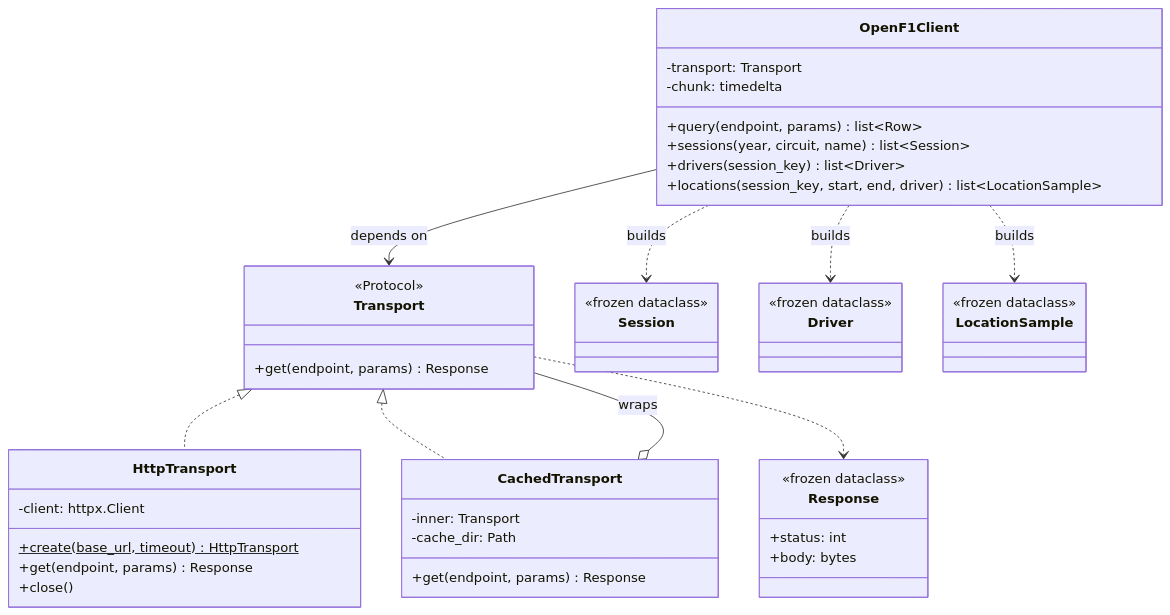
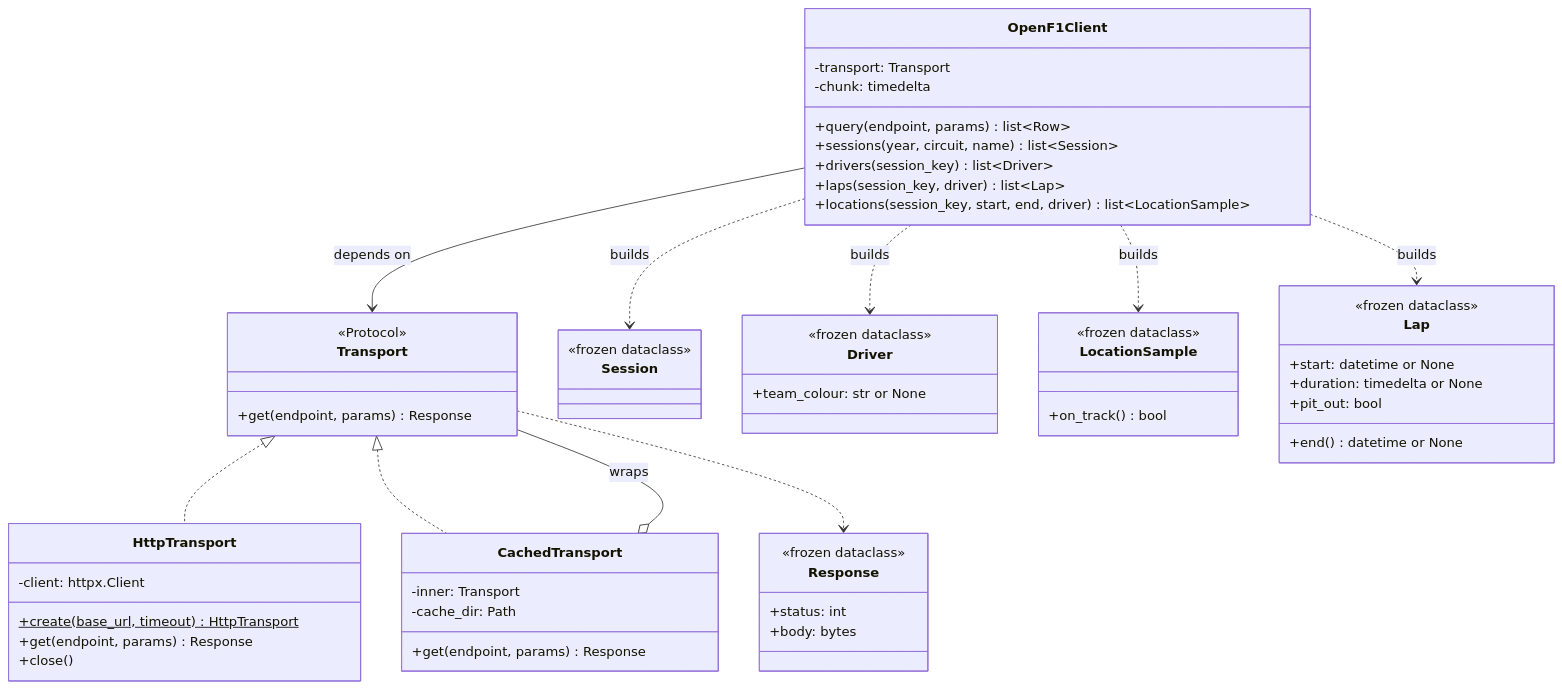
The first of 2 diagrams in docs/design/ingest.md (Ekanth-Sai/pitwall), drawn with Mermaid before and after one commit. The commit also changed other lines of this file and 3 other files, not shown here.

First line of the commit message:
P0.7a: laps endpoint, Lap model, LocationSample.on_track

````diff
--- a/docs/design/ingest.md
+++ b/docs/design/ingest.md
@@ -5,49 +5,60 @@
 ```mermaid
 classDiagram
     class Transport {
         <<Protocol>>
         +get(endpoint, params) Response
     }
     class Response {
         <<frozen dataclass>>
         +status: int
         +body: bytes
     }
     class HttpTransport {
         -client: httpx.Client
         +create(base_url, timeout)$ HttpTransport
         +get(endpoint, params) Response
         +close()
     }
     class CachedTransport {
         -inner: Transport
         -cache_dir: Path
         +get(endpoint, params) Response
     }
     class OpenF1Client {
         -transport: Transport
         -chunk: timedelta
         +query(endpoint, params) list~Row~
         +sessions(year, circuit, name) list~Session~
         +drivers(session_key) list~Driver~
+        +laps(session_key, driver) list~Lap~
         +locations(session_key, start, end, driver) list~LocationSample~
     }
     class Session {
         <<frozen dataclass>>
     }
     class Driver {
         <<frozen dataclass>>
+        +team_colour: str or None
     }
     class LocationSample {
         <<frozen dataclass>>
+        +on_track() bool
+    }
+    class Lap {
+        <<frozen dataclass>>
+        +start: datetime or None
+        +duration: timedelta or None
+        +pit_out: bool
+        +end() datetime or None
     }
 
     Transport <|.. HttpTransport
     Transport <|.. CachedTransport
     CachedTransport o-- Transport : wraps
     OpenF1Client --> Transport : depends on
     OpenF1Client ..> Session : builds
     OpenF1Client ..> Driver : builds
+    OpenF1Client ..> Lap : builds
     OpenF1Client ..> LocationSample : builds
     Transport ..> Response
 ```
````
